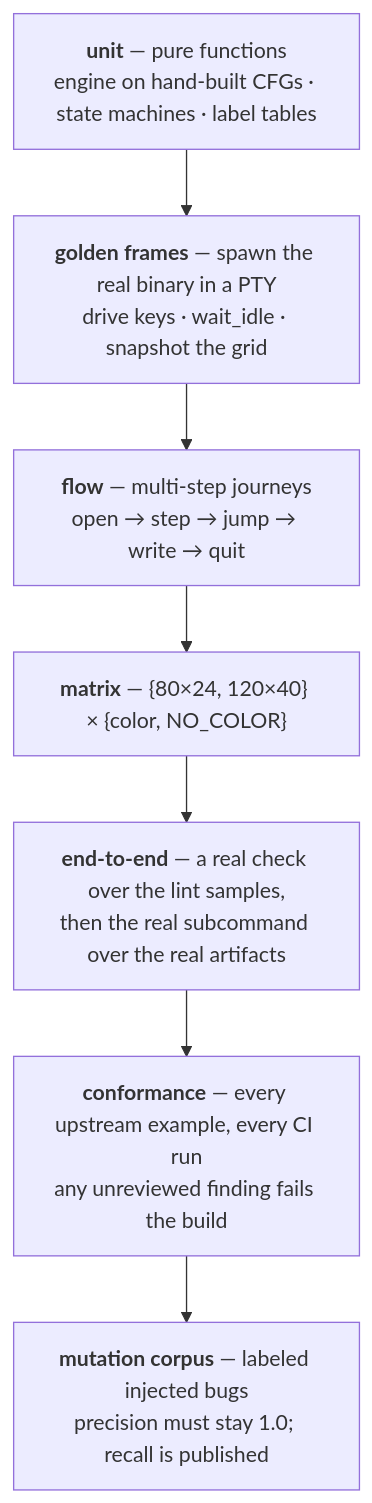
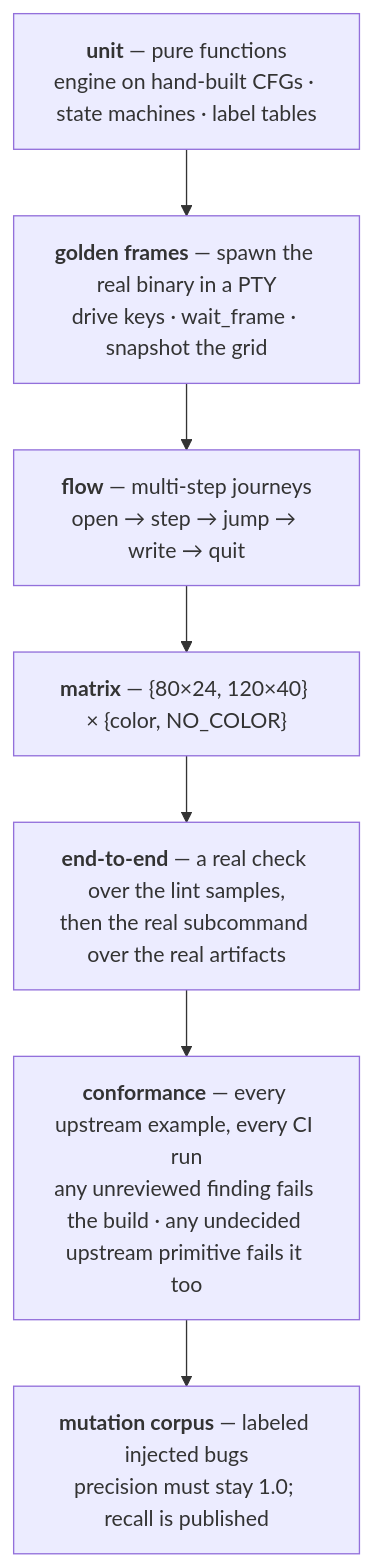
The third of 3 diagrams in docs/ARCHITECTURE.md (vyncint/reconverge), drawn with Mermaid before and after one commit. The commit also changed other lines of this file and 8 other files, not shown here.

````diff
--- a/docs/ARCHITECTURE.md
+++ b/docs/ARCHITECTURE.md
@@ -208,12 +208,12 @@
 ```mermaid
 flowchart TB
   unit["<b>unit</b> — pure functions<br/>engine on hand-built CFGs · state machines · label tables"]
-  golden["<b>golden frames</b> — spawn the real binary in a PTY<br/>drive keys · wait_idle · snapshot the grid"]
+  golden["<b>golden frames</b> — spawn the real binary in a PTY<br/>drive keys · wait_frame · snapshot the grid"]
   flow["<b>flow</b> — multi-step journeys<br/>open → step → jump → write → quit"]
   matrix["<b>matrix</b> — {80×24, 120×40} × {color, NO_COLOR}"]
   e2e["<b>end-to-end</b> — a real check over the lint samples,<br/>then the real subcommand over the real artifacts"]
-  conf["<b>conformance</b> — every upstream example, every CI run<br/>any unreviewed finding fails the build"]
+  conf["<b>conformance</b> — every upstream example, every CI run<br/>any unreviewed finding fails the build · any undecided upstream primitive fails it too"]
   mut["<b>mutation corpus</b> — labeled injected bugs<br/>precision must stay 1.0; recall is published"]
 
   unit --> golden --> flow --> matrix --> e2e --> conf --> mut
 ```
````
